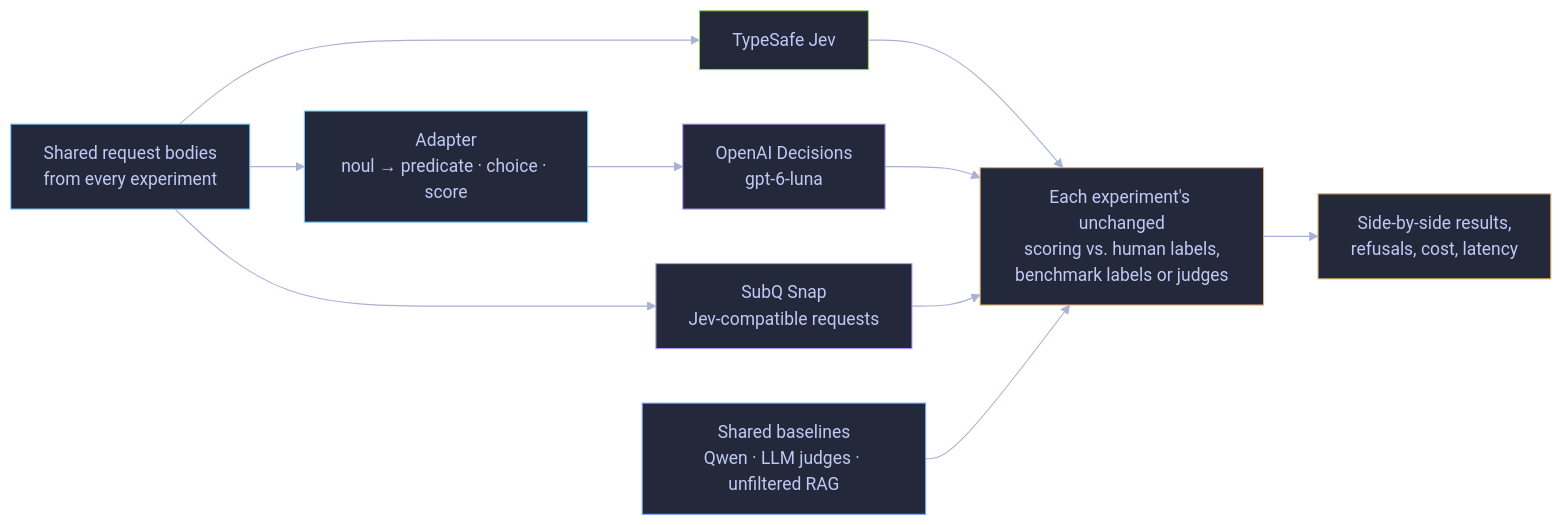
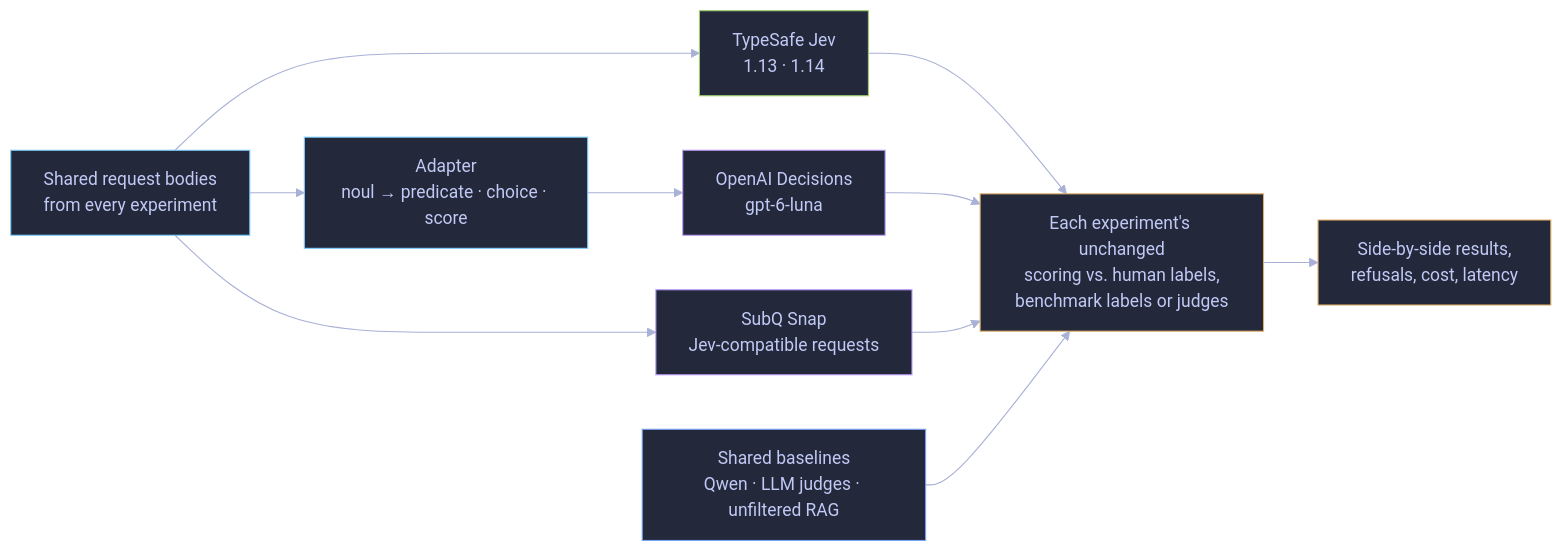
One commit to dorkitude/decision-model-testing changed the diagram in README.md. Above: the diagram before and after it, drawn with Mermaid. The commit also changed other lines of this file and 43 other files, not shown here.

First line of the commit message:
Add Jev 1.14 to every study and include order-blind decisions

````diff
--- a/README.md
+++ b/README.md
@@ -105,23 +114,23 @@
 ```mermaid
 %%{init: {"theme": "base", "themeVariables": {"background": "#1a1b26", "primaryColor": "#24283b", "primaryTextColor": "#c0caf5", "textColor": "#c0caf5", "primaryBorderColor": "#7aa2f7", "lineColor": "#a9b1d6", "edgeLabelBackground": "#1a1b26"}}}%%
 flowchart LR
-    F["Shared request bodies<br/>from every experiment"] --> J["TypeSafe Jev"]
+    F["Shared request bodies<br/>from every experiment"] --> J["TypeSafe Jev<br/>1.13 · 1.14"]
     F --> A["Adapter<br/>noul → predicate · choice · score"]
     A --> D["OpenAI Decisions<br/>gpt-6-luna"]
     F --> S["SubQ Snap<br/>Jev-compatible requests"]
     J --> X["Each experiment's unchanged<br/>scoring vs. human labels,<br/>benchmark labels or judges"]
     D --> X
     S --> X
     B["Shared baselines<br/>Qwen · LLM judges · unfiltered RAG"] --> X
     X --> R["Side-by-side results,<br/>refusals, cost, latency"]
     classDef shared fill:#24283b,stroke:#7dcfff,color:#c0caf5;
     classDef baseline fill:#24283b,stroke:#7aa2f7,color:#c0caf5;
     classDef jev fill:#24283b,stroke:#9ece6a,color:#c0caf5;
     classDef decisions fill:#24283b,stroke:#bb9af7,color:#c0caf5;
     classDef score fill:#24283b,stroke:#e0af68,color:#c0caf5;
     class F,A shared;
     class B baseline;
     class J jev;
     class D,S decisions;
     class X,R score;
 ```
````
